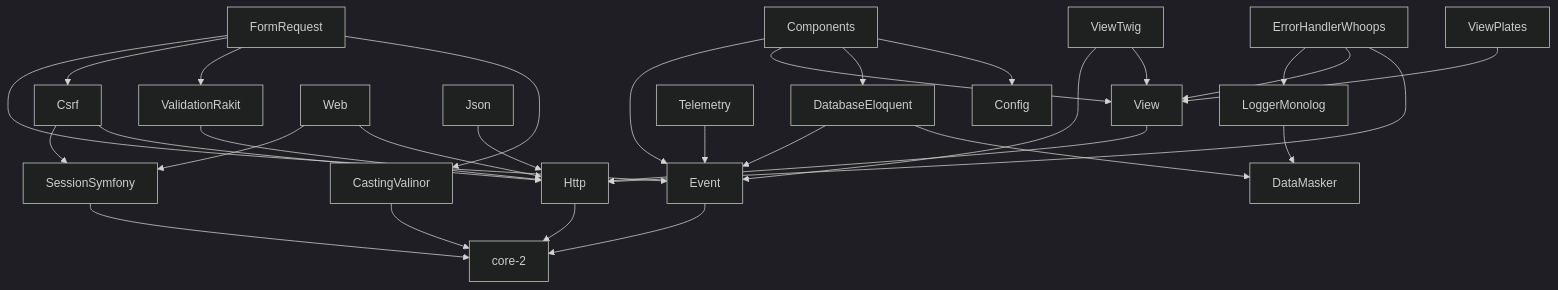
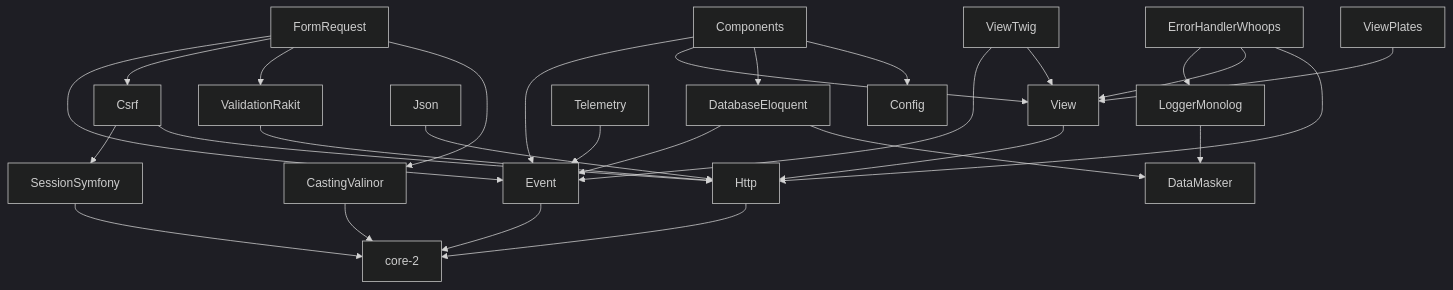
One commit to OlegGin/concept-skeleton-dev-2 changed the diagram in src/Extensions/DEPENDENCIES.md. Above: the diagram before and after it, drawn with Mermaid (dark theme). The commit also changed other lines of this file and 14 other files, not shown here.

````diff
--- a/src/Extensions/DEPENDENCIES.md
+++ b/src/Extensions/DEPENDENCIES.md
@@ -42,34 +42,32 @@
 ```mermaid
 flowchart TD
     core[core-2]
 
     Http --> core
     Event --> core
     CastingValinor --> core
     SessionSymfony --> core
     ValidationRakit --> Http
     View --> Http
     ViewPlates --> View
     ViewTwig --> View
     ViewTwig --> Event
     Csrf --> Http
     Csrf --> SessionSymfony
-    Web --> Http
-    Web --> SessionSymfony
     Json --> Http
     FormRequest --> CastingValinor
     FormRequest --> ValidationRakit
     FormRequest --> Csrf
     FormRequest --> Event
     DatabaseEloquent --> DataMasker
     DatabaseEloquent --> Event
     LoggerMonolog --> DataMasker
     ErrorHandlerWhoops --> Http
     ErrorHandlerWhoops --> View
     ErrorHandlerWhoops --> LoggerMonolog
     Telemetry --> Event
     Components --> Config
     Components --> DatabaseEloquent
     Components --> View
     Components --> Event
 ```
````
